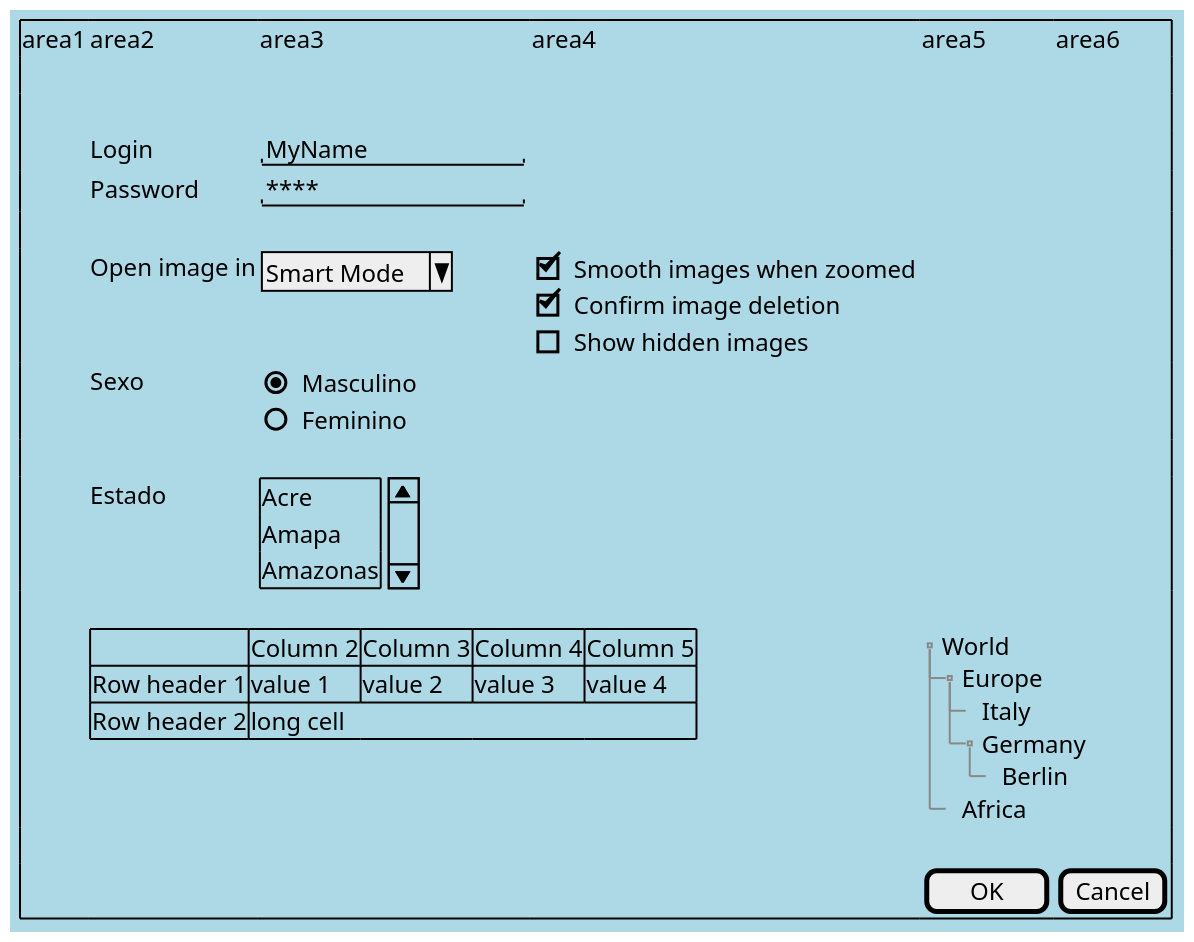
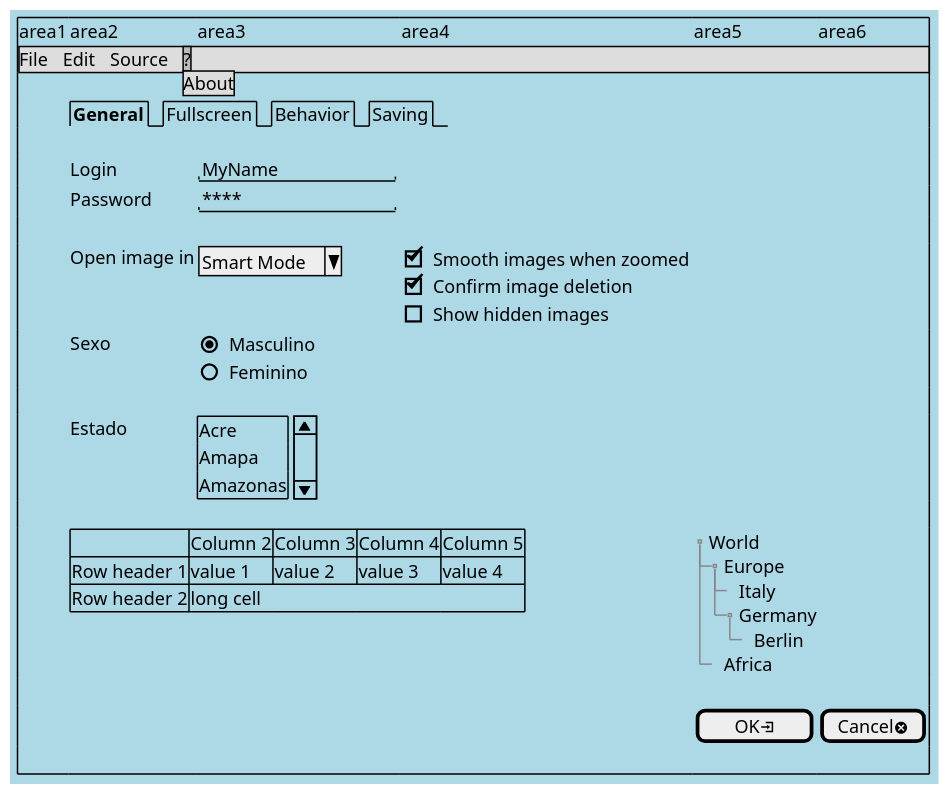
The diagram in PlantUML/mockup2.pu (GiovaniPM/DMNTests), drawn with PlantUML before and after one commit. The commit also changed 21 other files, not shown here.

```diff
--- a/PlantUML/mockup2.pu
+++ b/PlantUML/mockup2.pu
@@ -1,42 +1,45 @@
 @startsalt
 skinparam BackgroundColor lightblue
-scale 2
+scale 1.5
 {+
-    '{* File | Edit | Source | ?}
-    ' File | New | Open File | - | Close | Close All}
-    '{/ <b>General | Fullscreen | Behavior | Saving }
     |area1|area2|area3|area4|area5|area6
+    |{* File | Edit | Source | ?
+    '  File | New | Open File | - | Close | Close All | - | Exit
+      ? | About}|*|*|*|*|*
     |.
+    |.|{/ <b>General | Fullscreen | Behavior | Saving }|*|*|*|*
     |.
     |.|Login    |"MyName          "|.
     |.|Password |"****            "|.
     |.
     |.|Open image in|{| ^Smart Mode^ }{
-        [X] Smooth images when zoomed
-        [X] Confirm image deletion
-        [ ] Show hidden images}
+                                        [X] Smooth images when zoomed
+                                        [X] Confirm image deletion
+                                        [ ] Show hidden images
+                                      }
     |.|Sexo|{(X) Masculino
-           () Feminino}
+             () Feminino}
     |.
     |.|Estado|{SI 
                 Acre
                 Amapa
                 Amazonas
-            }|.
+              }|.
     |.
     |.|{#
         .            | Column 2  | Column 3 | Column 4 | Column 5
         Row header 1 | value 1   | value 2  | value 3  | value 4
         Row header 2 | long cell | *        | *        | *
     }|*|*|{T
             + World
             ++ Europe
             +++ Italy
             +++ Germany
             ++++ Berlin
             ++ Africa
           }|*
     |.
-    |.|.|.|.|[  OK   ]|[Cancel]
+    |.|.|.|.|[  OK<&account-login>   ]|[Cancel<&circle-x>]
+    |.
 }
 @endsalt
```
